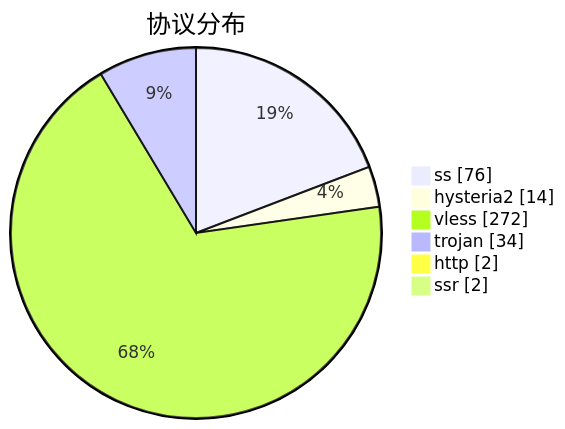
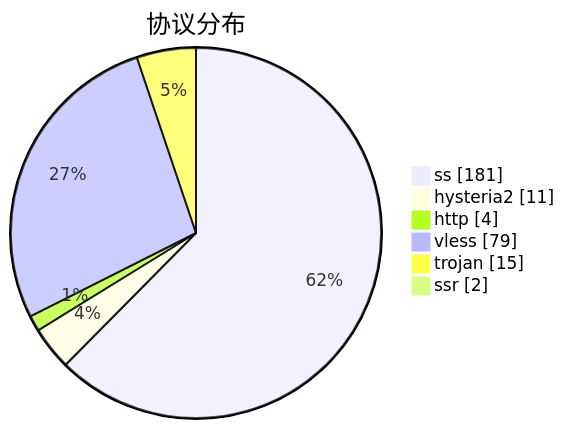
Before and after one commit to qjlxg/airport: the third of 3 diagrams in subs/statistics/tested_within.md, drawn with Mermaid. The commit also changed other lines of this file and 2 other files, not shown here.

````diff
--- a/subs/statistics/tested_within.md
+++ b/subs/statistics/tested_within.md
@@ -19,10 +18,10 @@
 ```mermaid
 pie showData
 title 协议分布
-"ss" : 76
-"hysteria2" : 14
-"vless" : 272
-"trojan" : 34
-"http" : 2
+"ss" : 181
+"hysteria2" : 11
+"http" : 4
+"vless" : 79
+"trojan" : 15
 "ssr" : 2
 ```
````
